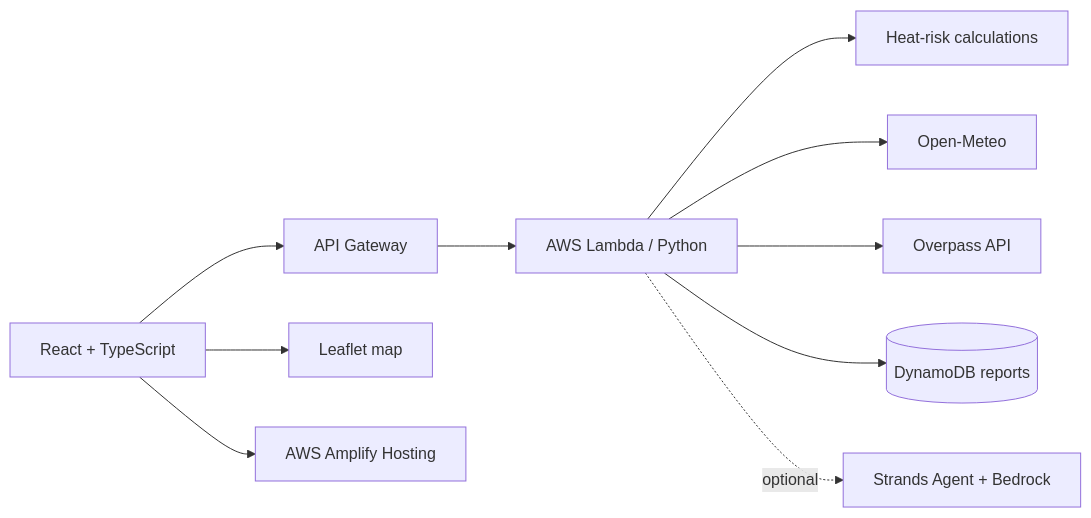
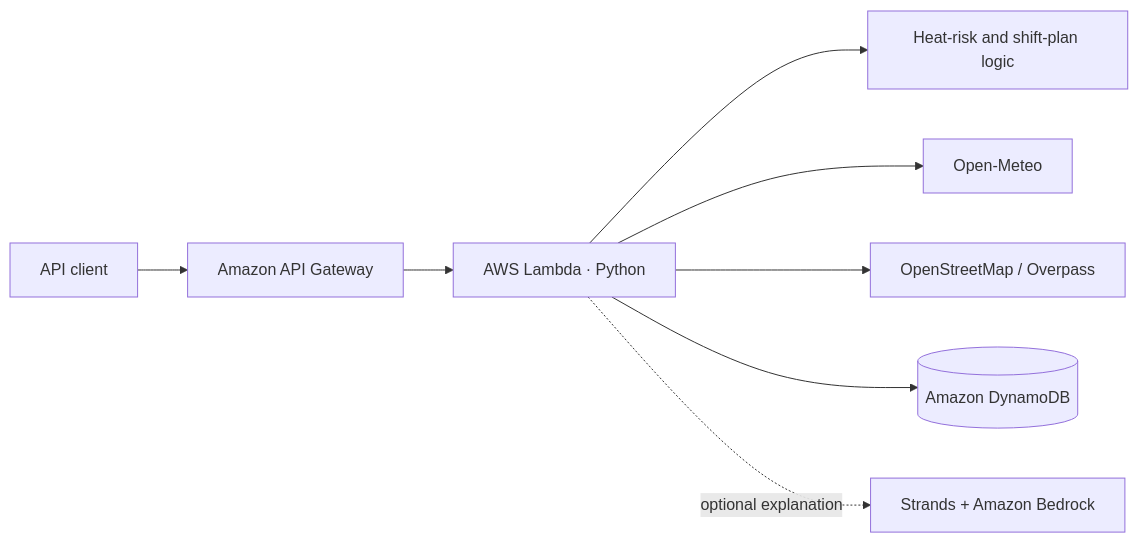
The diagram in README.md (Alcatraz234156/CycleProof), drawn with Mermaid before and after one commit. The commit also changed other lines of this file, not shown here.

````diff
--- a/README.md
+++ b/README.md
@@ -81,12 +52,10 @@
 ```mermaid
 flowchart LR
-    Browser[React + TypeScript] --> API[API Gateway]
-    API --> Lambda[AWS Lambda / Python]
-    Lambda --> Risk[Heat-risk calculations]
+    Client[API client] --> Gateway[Amazon API Gateway]
+    Gateway --> Lambda[AWS Lambda · Python]
+    Lambda --> Risk[Heat-risk and shift-plan logic]
     Lambda --> Weather[Open-Meteo]
-    Lambda --> Water[Overpass API]
-    Lambda --> DynamoDB[(DynamoDB reports)]
-    Lambda -. optional .-> Agent[Strands Agent + Bedrock]
-    Browser --> Map[Leaflet map]
-    Browser --> Amplify[AWS Amplify Hosting]
+    Lambda --> Water[OpenStreetMap / Overpass]
+    Lambda --> Reports[(Amazon DynamoDB)]
+    Lambda -. optional explanation .-> Bedrock[Strands + Amazon Bedrock]
 ```
````
